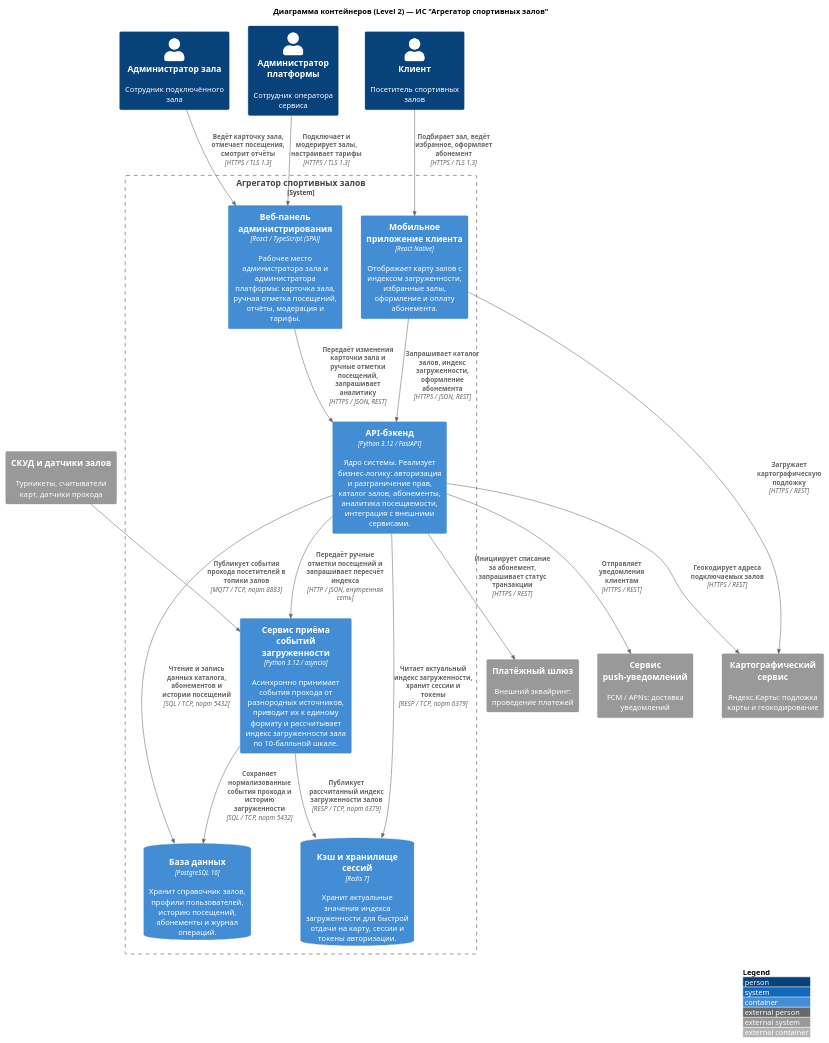
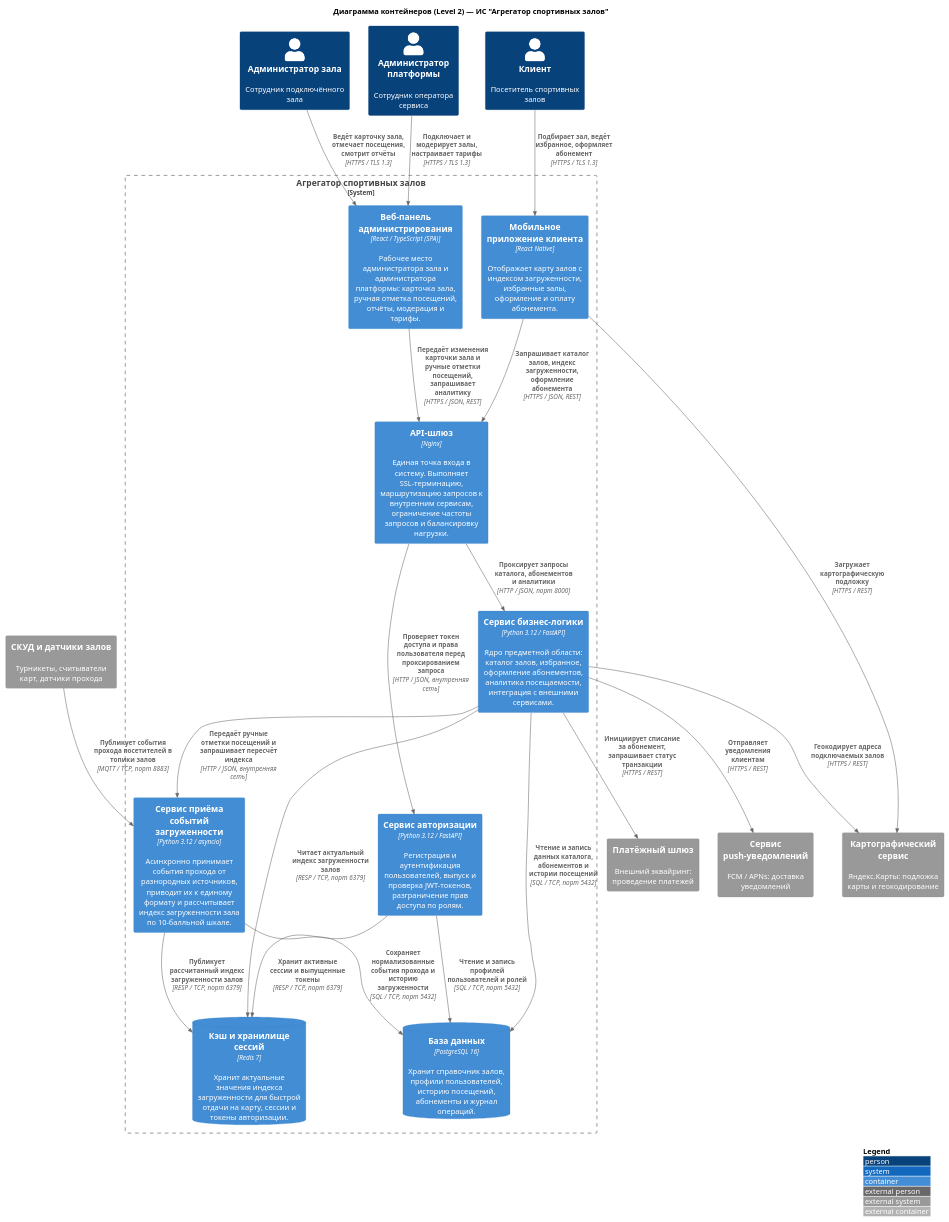
One commit to lamtfey11/ISIT-project-gym-aggregator changed the diagram in src/local/kutenkov/L2_backend.puml. Above: the diagram before and after it, drawn with PlantUML. The commit also changed 2 other files, not shown here.

```diff
--- a/src/local/kutenkov/L2_backend.puml
+++ b/src/local/kutenkov/L2_backend.puml
@@ -1,49 +1,52 @@
 @startuml L2
 
 !include https://raw.githubusercontent.com/plantuml-stdlib/C4-PlantUML/master/C4_Container.puml
 
 LAYOUT_WITH_LEGEND()
 title Диаграмма контейнеров (Level 2) — ИС "Агрегатор спортивных залов"
 
 ' Актёры
 Person(client, "Клиент", "Посетитель спортивных залов")
 Person(gym_admin, "Администратор зала", "Сотрудник подключённого зала")
 Person(platform_admin, "Администратор платформы", "Сотрудник оператора сервиса")
 
-' Границы системы
+' Границы внутренней системы
 System_Boundary(gym_aggregator, "Агрегатор спортивных залов") {
     Container(mobile_app, "Мобильное приложение клиента", "React Native", "Отображает карту залов с индексом загруженности, избранные залы, оформление и оплату абонемента.")
     Container(admin_web, "Веб-панель администрирования", "React / TypeScript (SPA)", "Рабочее место администратора зала и администратора платформы: карточка зала, ручная отметка посещений, отчёты, модерация и тарифы.")
-    Container(api_gateway, "API-бэкенд", "Python 3.12 / FastAPI", "Ядро системы. Реализует бизнес-логику: авторизация и разграничение прав, каталог залов, абонементы, аналитика посещаемости, интеграция с внешними сервисами.")
+    Container(api_gateway, "API-шлюз", "Nginx", "Единая точка входа в систему. Выполняет SSL-терминацию, маршрутизацию запросов к внутренним сервисам, ограничение частоты запросов и балансировку нагрузки.")
+    Container(auth_service, "Сервис авторизации", "Python 3.12 / FastAPI", "Регистрация и аутентификация пользователей, выпуск и проверка JWT-токенов, разграничение прав доступа по ролям.")
+    Container(core_api, "Сервис бизнес-логики", "Python 3.12 / FastAPI", "Ядро предметной области: каталог залов, избранное, оформление абонементов, аналитика посещаемости, интеграция с внешними сервисами.")
     Container(occupancy_service, "Сервис приёма событий загруженности", "Python 3.12 / asyncio", "Асинхронно принимает события прохода от разнородных источников, приводит их к единому формату и рассчитывает индекс загруженности зала по 10-балльной шкале.")
     ContainerDb(database, "База данных", "PostgreSQL 16", "Хранит справочник залов, профили пользователей, историю посещений, абонементы и журнал операций.")
     ContainerDb(cache, "Кэш и хранилище сессий", "Redis 7", "Хранит актуальные значения индекса загруженности для быстрой отдачи на карту, сессии и токены авторизации.")
 }
 
 ' Внешние системы
 System_Ext(maps_service, "Картографический сервис", "Яндекс.Карты: подложка карты и геокодирование")
 System_Ext(payment_gateway, "Платёжный шлюз", "Внешний эквайринг: проведение платежей")
 System_Ext(access_control, "СКУД и датчики залов", "Турникеты, считыватели карт, датчики прохода")
 System_Ext(push_service, "Сервис push-уведомлений", "FCM / APNs: доставка уведомлений")
 
 ' Связи
 Rel(client, mobile_app, "Подбирает зал, ведёт избранное, оформляет абонемент", "HTTPS / TLS 1.3")
 Rel(gym_admin, admin_web, "Ведёт карточку зала, отмечает посещения, смотрит отчёты", "HTTPS / TLS 1.3")
 Rel(platform_admin, admin_web, "Подключает и модерирует залы, настраивает тарифы", "HTTPS / TLS 1.3")
-
 Rel(mobile_app, api_gateway, "Запрашивает каталог залов, индекс загруженности, оформление абонемента", "HTTPS / JSON, REST")
 Rel(admin_web, api_gateway, "Передаёт изменения карточки зала и ручные отметки посещений, запрашивает аналитику", "HTTPS / JSON, REST")
-
-Rel(api_gateway, occupancy_service, "Передаёт ручные отметки посещений и запрашивает пересчёт индекса", "HTTP / JSON, внутренняя сеть")
-Rel(api_gateway, database, "Чтение и запись данных каталога, абонементов и истории посещений", "SQL / TCP, порт 5432")
-Rel(api_gateway, cache, "Читает актуальный индекс загруженности, хранит сессии и токены", "RESP / TCP, порт 6379")
+Rel(api_gateway, auth_service, "Проверяет токен доступа и права пользователя перед проксированием запроса", "HTTP / JSON, внутренняя сеть")
+Rel(api_gateway, core_api, "Проксирует запросы каталога, абонементов и аналитики", "HTTP / JSON, порт 8000")
+Rel(auth_service, database, "Чтение и запись профилей пользователей и ролей", "SQL / TCP, порт 5432")
+Rel(auth_service, cache, "Хранит активные сессии и выпущенные токены", "RESP / TCP, порт 6379")
+Rel(core_api, occupancy_service, "Передаёт ручные отметки посещений и запрашивает пересчёт индекса", "HTTP / JSON, внутренняя сеть")
+Rel(core_api, database, "Чтение и запись данных каталога, абонементов и истории посещений", "SQL / TCP, порт 5432")
+Rel(core_api, cache, "Читает актуальный индекс загруженности залов", "RESP / TCP, порт 6379")
 Rel(occupancy_service, database, "Сохраняет нормализованные события прохода и историю загруженности", "SQL / TCP, порт 5432")
 Rel(occupancy_service, cache, "Публикует рассчитанный индекс загруженности залов", "RESP / TCP, порт 6379")
-
 Rel(access_control, occupancy_service, "Публикует события прохода посетителей в топики залов", "MQTT / TCP, порт 8883")
 Rel(mobile_app, maps_service, "Загружает картографическую подложку", "HTTPS / REST")
-Rel(api_gateway, maps_service, "Геокодирует адреса подключаемых залов", "HTTPS / REST")
-Rel(api_gateway, payment_gateway, "Инициирует списание за абонемент, запрашивает статус транзакции", "HTTPS / REST")
-Rel(api_gateway, push_service, "Отправляет уведомления клиентам", "HTTPS / REST")
+Rel(core_api, maps_service, "Геокодирует адреса подключаемых залов", "HTTPS / REST")
+Rel(core_api, payment_gateway, "Инициирует списание за абонемент, запрашивает статус транзакции", "HTTPS / REST")
+Rel(core_api, push_service, "Отправляет уведомления клиентам", "HTTPS / REST")
 
 @enduml
```
